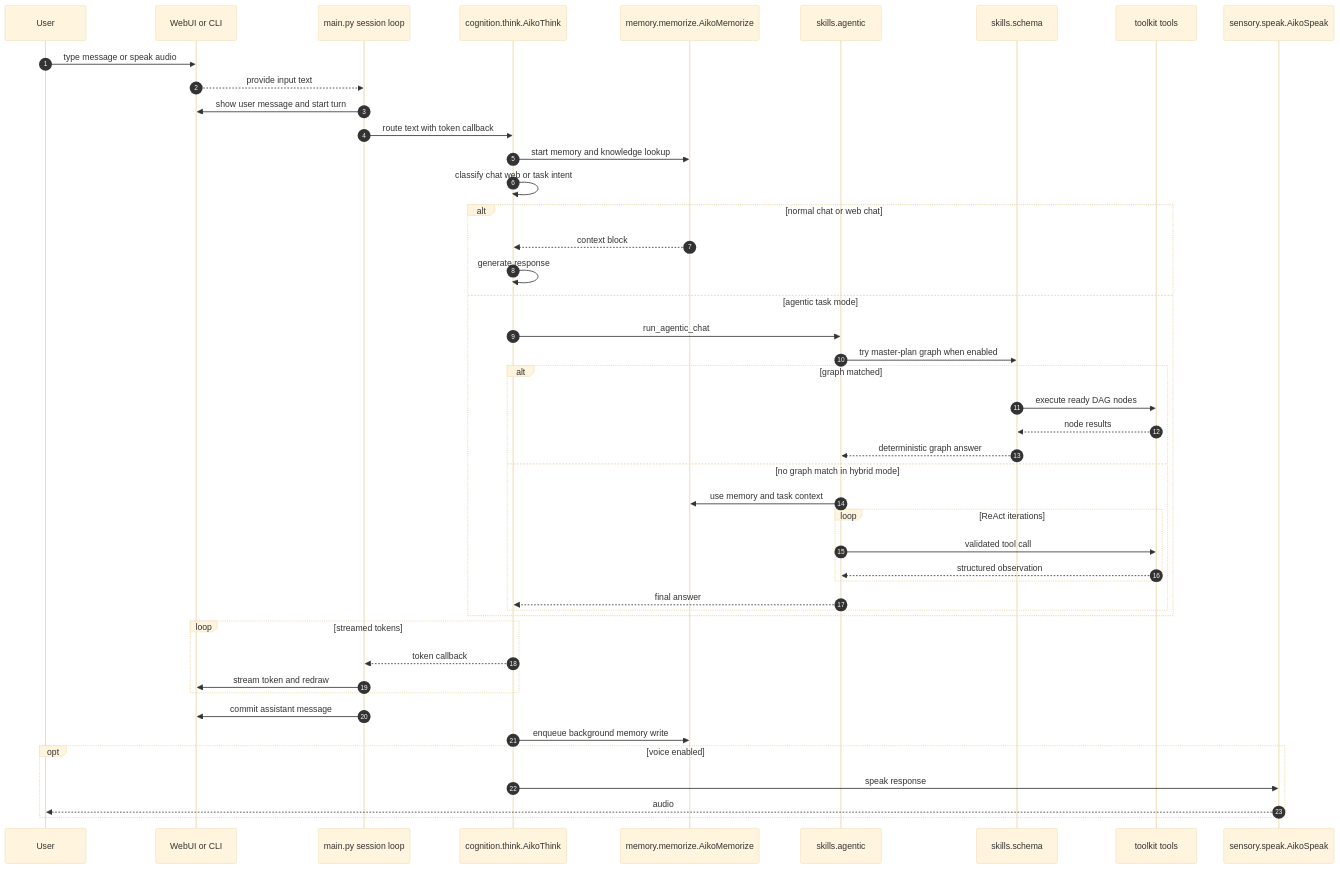
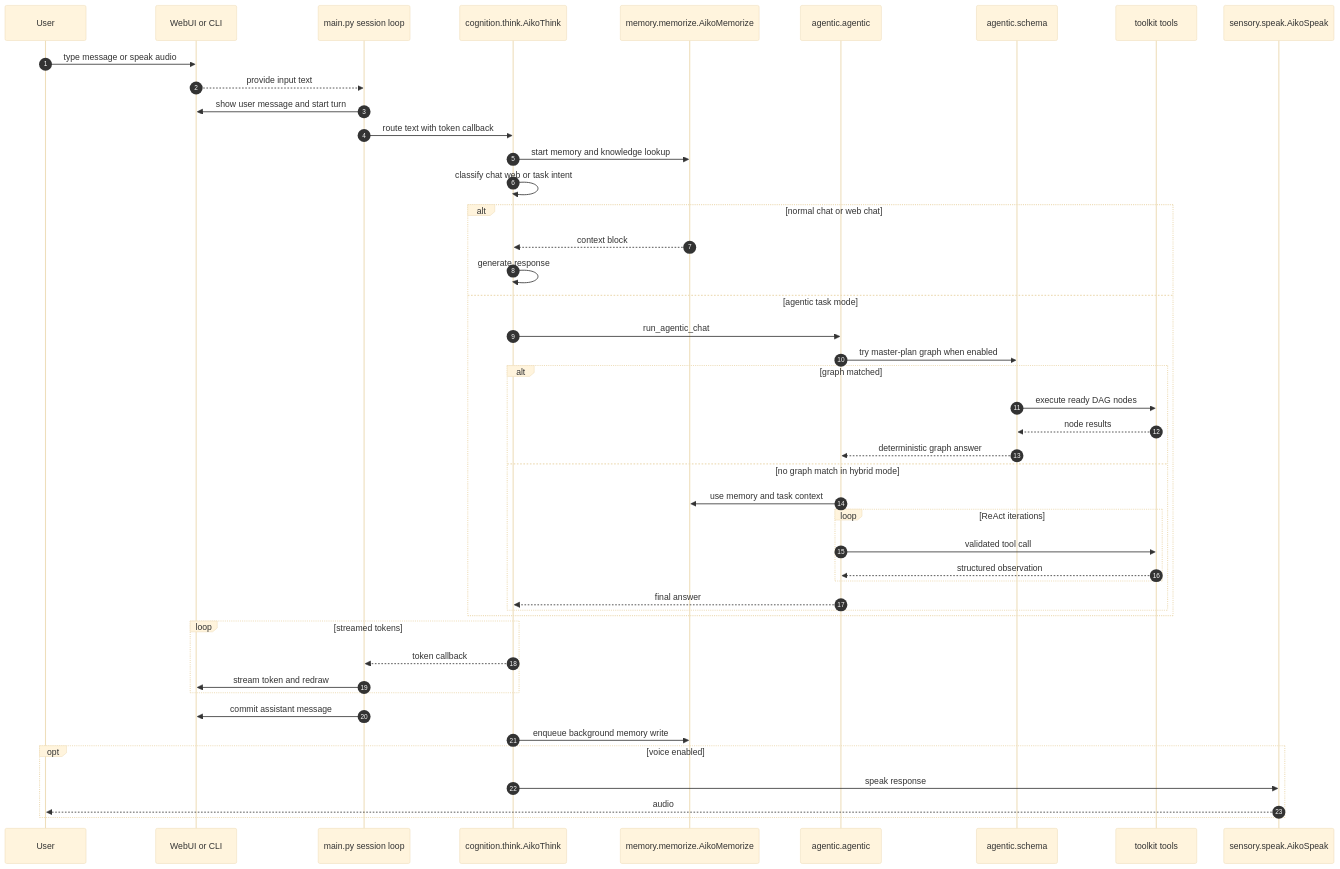
The third of 5 diagrams in docs/ARCHITECTURE.md (OppaAI/Aiko-chan), drawn with Mermaid (base theme) before and after one commit. The commit also changed other lines of this file and 47 other files, not shown here.

````diff
--- a/docs/ARCHITECTURE.md
+++ b/docs/ARCHITECTURE.md
@@ -111,49 +111,49 @@
 ```mermaid
 sequenceDiagram
     autonumber
     participant U as User
     participant UI as WebUI or CLI
     participant M as main.py session loop
     participant T as cognition.think.AikoThink
     participant Mem as memory.memorize.AikoMemorize
-    participant A as skills.agentic
-    participant G as skills.schema
+    participant A as agentic.agentic
+    participant G as agentic.schema
     participant Tools as toolkit tools
     participant S as sensory.speak.AikoSpeak
 
     U->>UI: type message or speak audio
     UI-->>M: provide input text
     M->>UI: show user message and start turn
     M->>T: route text with token callback
     T->>Mem: start memory and knowledge lookup
     T->>T: classify chat web or task intent
     alt normal chat or web chat
         Mem-->>T: context block
         T->>T: generate response
     else agentic task mode
         T->>A: run_agentic_chat
         A->>G: try master-plan graph when enabled
         alt graph matched
             G->>Tools: execute ready DAG nodes
             Tools-->>G: node results
             G-->>A: deterministic graph answer
         else no graph match in hybrid mode
             A->>Mem: use memory and task context
             loop ReAct iterations
                 A->>Tools: validated tool call
                 Tools-->>A: structured observation
             end
             A-->>T: final answer
         end
     end
     loop streamed tokens
         T-->>M: token callback
         M->>UI: stream token and redraw
     end
     M->>UI: commit assistant message
     T->>Mem: enqueue background memory write
     opt voice enabled
         T->>S: speak response
         S-->>U: audio
     end
 ```
````
